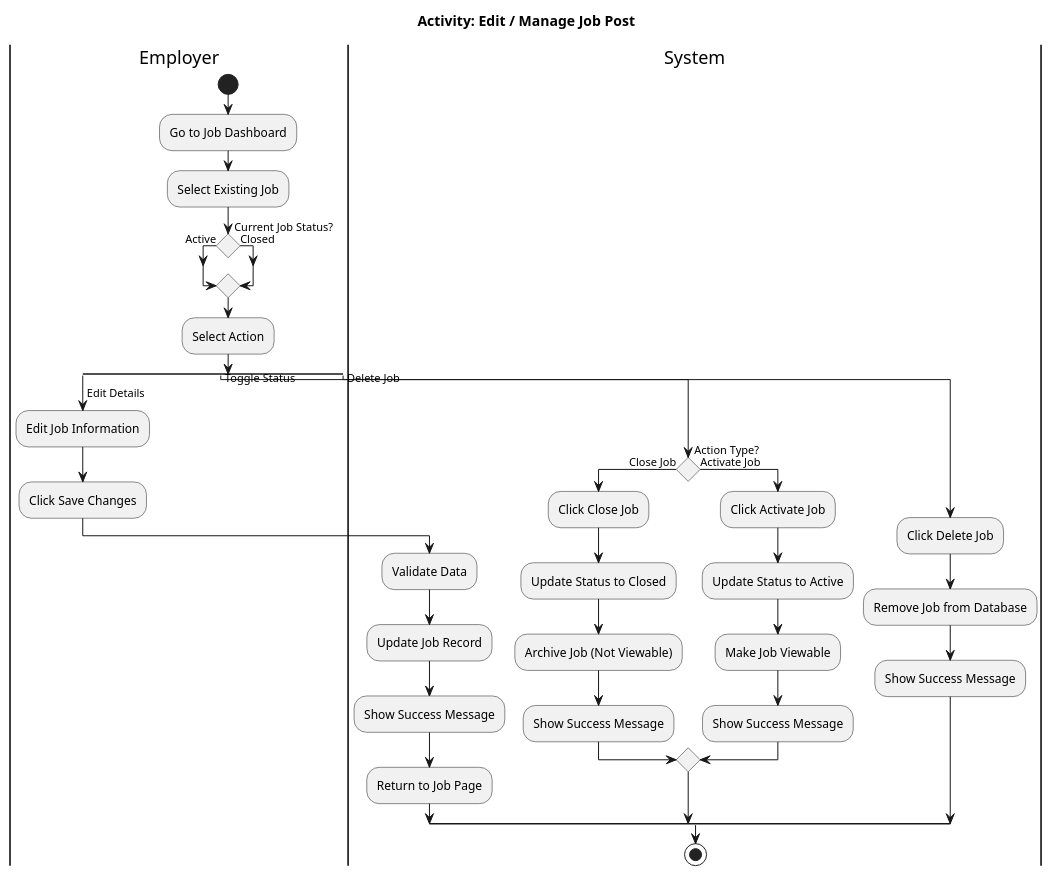
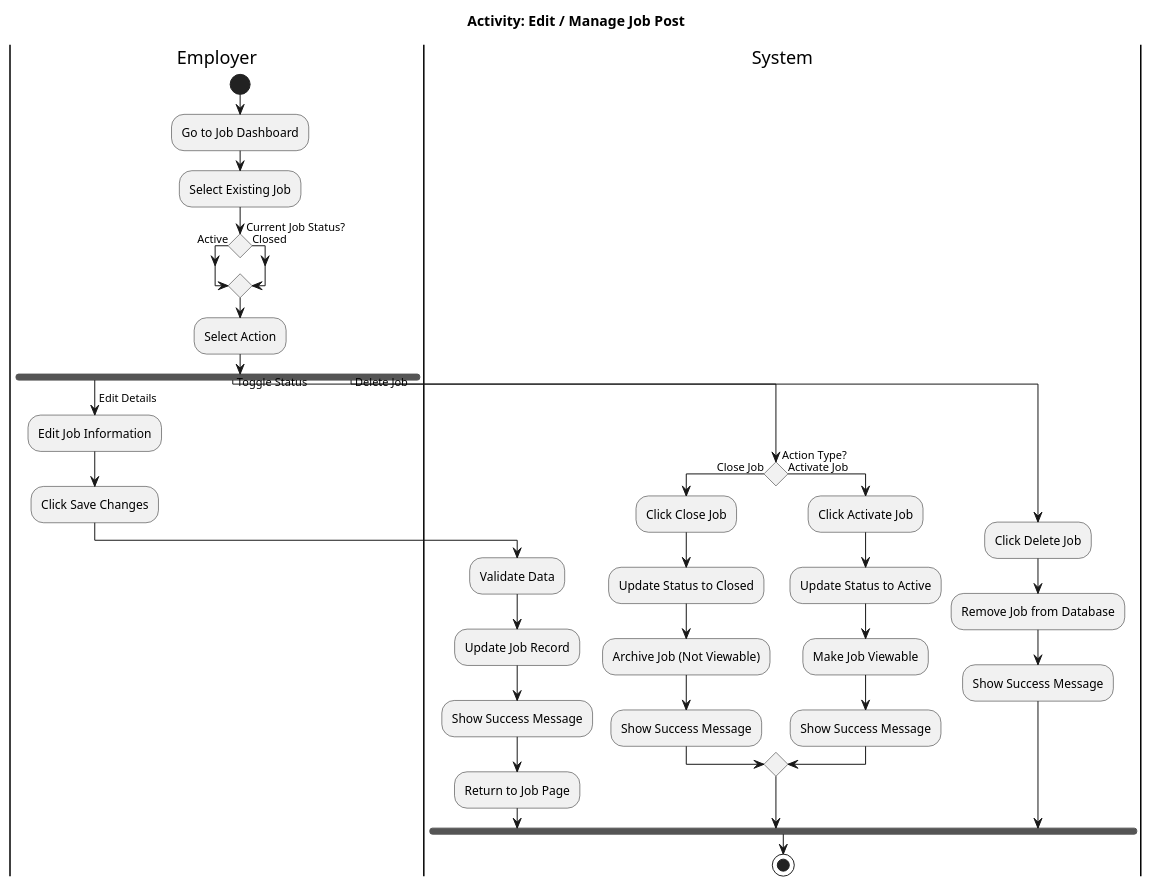
Before and after one commit to czefenglim/blue-collar-job-portal: the diagram in docs/activity-edit-job.puml, drawn with PlantUML. The commit also changed 91 other files, not shown here.

```diff
--- a/docs/activity-edit-job.puml
+++ b/docs/activity-edit-job.puml
@@ -1,49 +1,52 @@
 @startuml UC_EditJob
 skinparam conditionStyle diamond
+skinparam activityDiamondShape true
+skinparam nodesep 100
+skinparam ranksep 60
 title Activity: Edit / Manage Job Post
 
 |Employer|
 start
 :Go to Job Dashboard;
 :Select Existing Job;
 
 if (Current Job Status?) then (Active)
 else (Closed)
 endif
 
 :Select Action;
 
-split
+fork
   -> Edit Details;
   :Edit Job Information;
   :Click Save Changes;
   |System|
   :Validate Data;
   :Update Job Record;
   :Show Success Message;
   :Return to Job Page;
-split again
+fork again
   -> Toggle Status;
   if (Action Type?) then (Close Job)
     :Click Close Job;
     |System|
     :Update Status to Closed;
     :Archive Job (Not Viewable);
     :Show Success Message;
   else (Activate Job)
     :Click Activate Job;
     |System|
     :Update Status to Active;
     :Make Job Viewable;
     :Show Success Message;
   endif
-split again
+fork again
   -> Delete Job;
   :Click Delete Job;
   |System|
   :Remove Job from Database;
   :Show Success Message;
-end split
+end fork
 
 stop
 @enduml
```
